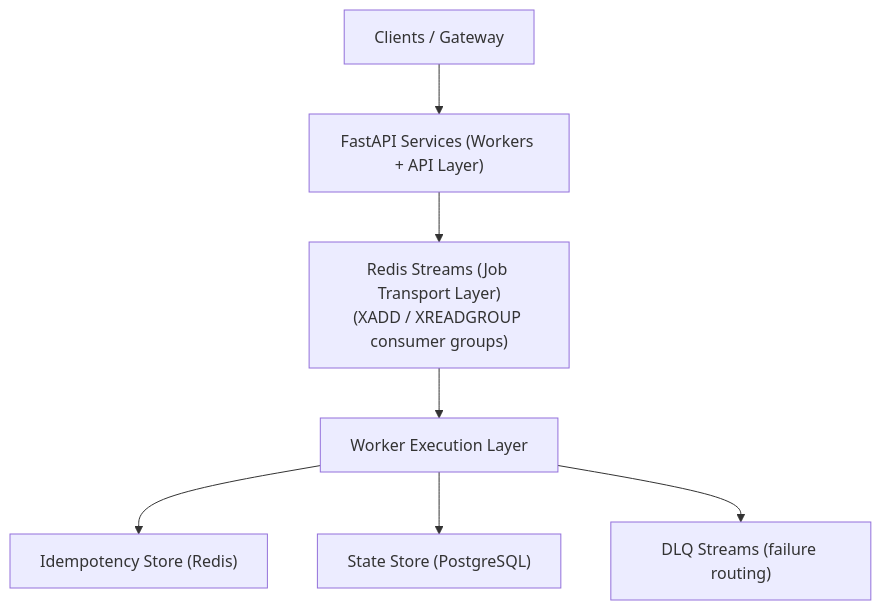
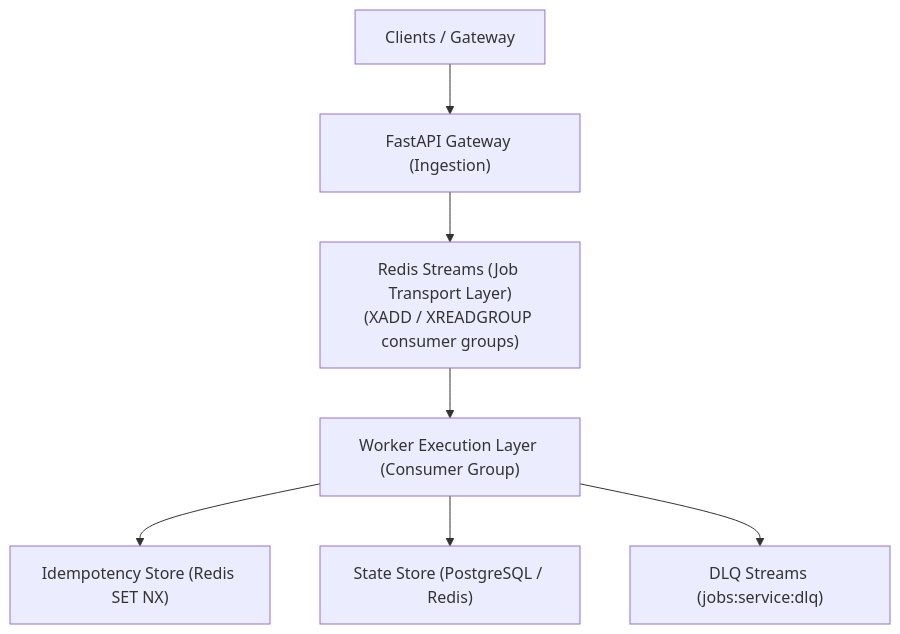
The diagram in README.md (AD-Technology-Inc/publish), drawn with Mermaid before and after one commit. The commit also changed other lines of this file, not shown here.

````diff
--- a/README.md
+++ b/README.md
@@ -11,9 +38,9 @@
 ```mermaid
 graph TD;
-    Clients["Clients / Gateway"] --> API["FastAPI Services (Workers + API Layer)"];
+    Clients["Clients / Gateway"] --> API["FastAPI Gateway (Ingestion)"];
     API --> Streams["Redis Streams (Job Transport Layer)<br>(XADD / XREADGROUP consumer groups)"];
-    Streams --> Worker["Worker Execution Layer"];
-    Worker --> Idempotency["Idempotency Store (Redis)"];
-    Worker --> Postgres["State Store (PostgreSQL)"];
-    Worker --> DLQ["DLQ Streams (failure routing)"];
+    Streams --> Worker["Worker Execution Layer (Consumer Group)"];
+    Worker --> Idempotency["Idempotency Store (Redis SET NX)"];
+    Worker --> StateManager["State Store (PostgreSQL / Redis)"];
+    Worker --> DLQ["DLQ Streams (jobs:service:dlq)"];
 ```
````
